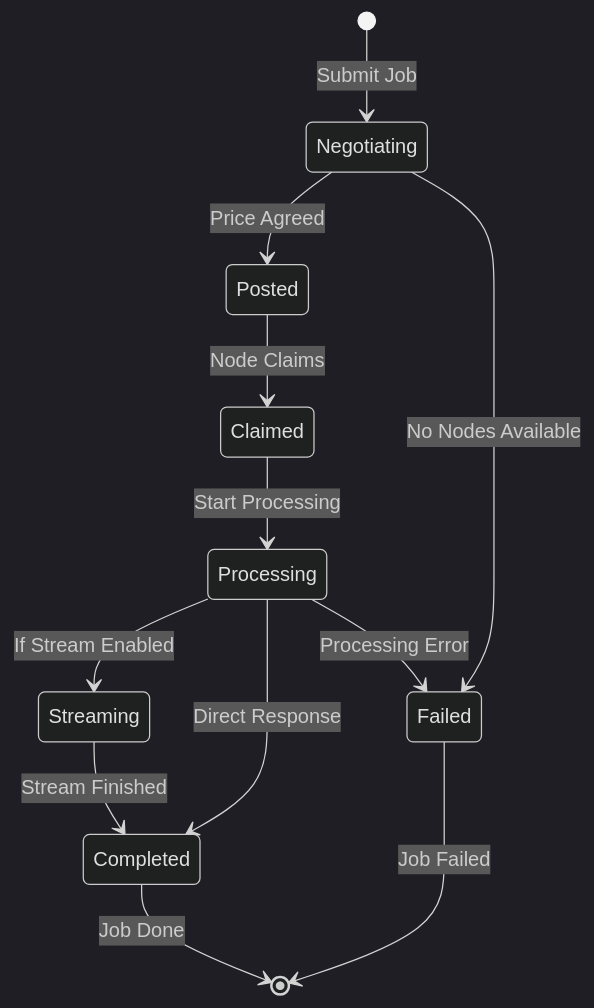
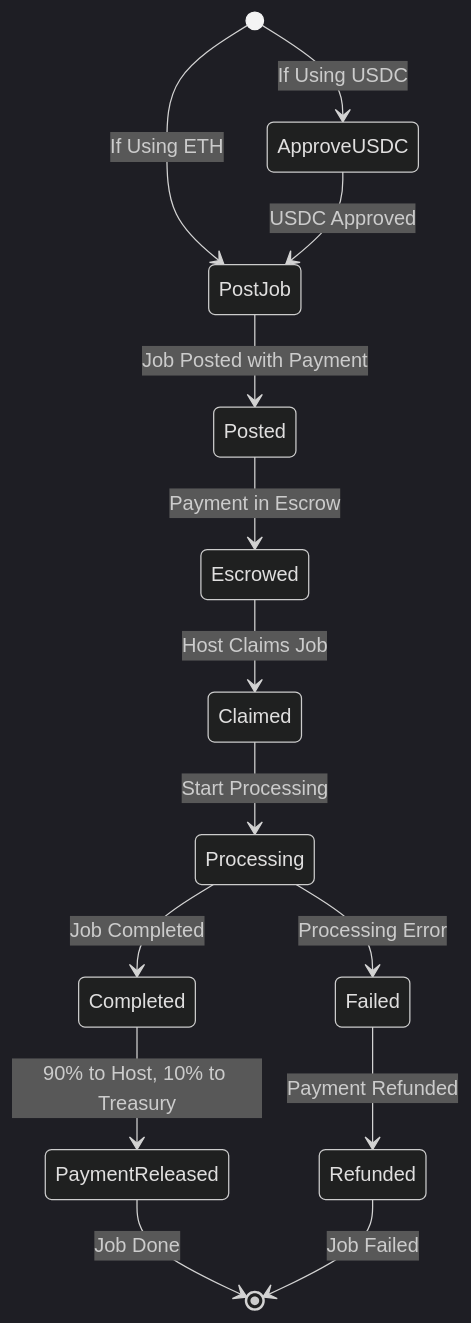
One commit to Fabstir/fabstir-llm-sdk changed the fourth of 8 diagrams in docs/ARCHITECTURE.md. Above: the diagram before and after it, drawn with Mermaid (dark theme). The commit also changed other lines of this file and 5 other files, not shown here.

````diff
--- a/docs/ARCHITECTURE.md
+++ b/docs/ARCHITECTURE.md
@@ -241,15 +251,17 @@
 ```mermaid
 stateDiagram-v2
-    [*] --> Negotiating: Submit Job
-    Negotiating --> Posted: Price Agreed
-    Posted --> Claimed: Node Claims
+    [*] --> ApproveUSDC: If Using USDC
+    [*] --> PostJob: If Using ETH
+    ApproveUSDC --> PostJob: USDC Approved
+    PostJob --> Posted: Job Posted with Payment
+    Posted --> Escrowed: Payment in Escrow
+    Escrowed --> Claimed: Host Claims Job
     Claimed --> Processing: Start Processing
-    Processing --> Streaming: If Stream Enabled
-    Processing --> Completed: Direct Response
-    Streaming --> Completed: Stream Finished
-    Completed --> [*]: Job Done
+    Processing --> Completed: Job Completed
+    Completed --> PaymentReleased: 90% to Host, 10% to Treasury
+    PaymentReleased --> [*]: Job Done
     
-    Negotiating --> Failed: No Nodes Available
     Processing --> Failed: Processing Error
-    Failed --> [*]: Job Failed
+    Failed --> Refunded: Payment Refunded
+    Refunded --> [*]: Job Failed
 ```
````
